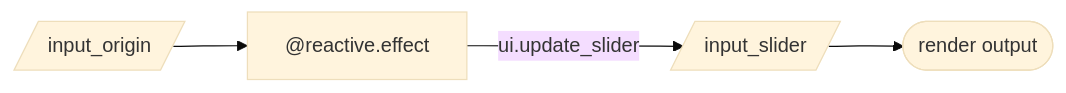
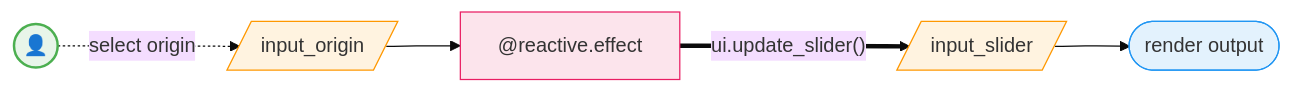
Before and after one commit to UBC-MDS/DSCI_532_vis-2_book: the third of 4 diagrams in slides/06b-styling.qmd, drawn with Mermaid (base theme). The commit also changed other lines of this file and 1 other file, not shown here.

Commit message:
06b-styling mermaid updates added user, updated styles

````diff
--- a/slides/06b-styling.qmd
+++ b/slides/06b-styling.qmd
@@ -697,6 +709,13 @@
 ```{mermaid}
 flowchart LR
+  U((👤)) -.select origin.-> A
   A[/input_origin/] --> E["@reactive.effect"]
-  E -->|ui.update_slider| S[/input_slider/]
+  E ==>|"ui.update_slider()"| S[/input_slider/]
   S --> R([render output])
+
+  style U fill:#E8F5E9,stroke:#4CAF50,stroke-width:2px
+  style A fill:#FFF3E0,stroke:#FF9800
+  style E fill:#FCE4EC,stroke:#E91E63
+  style S fill:#FFF3E0,stroke:#FF9800
+  style R fill:#E3F2FD,stroke:#2196F3
 ```
````
